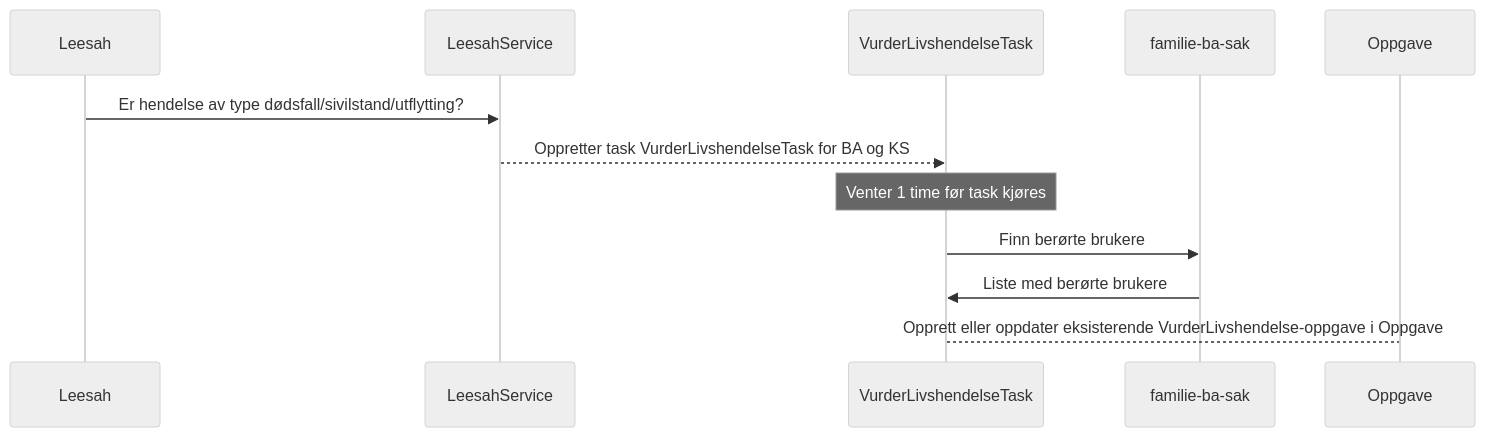
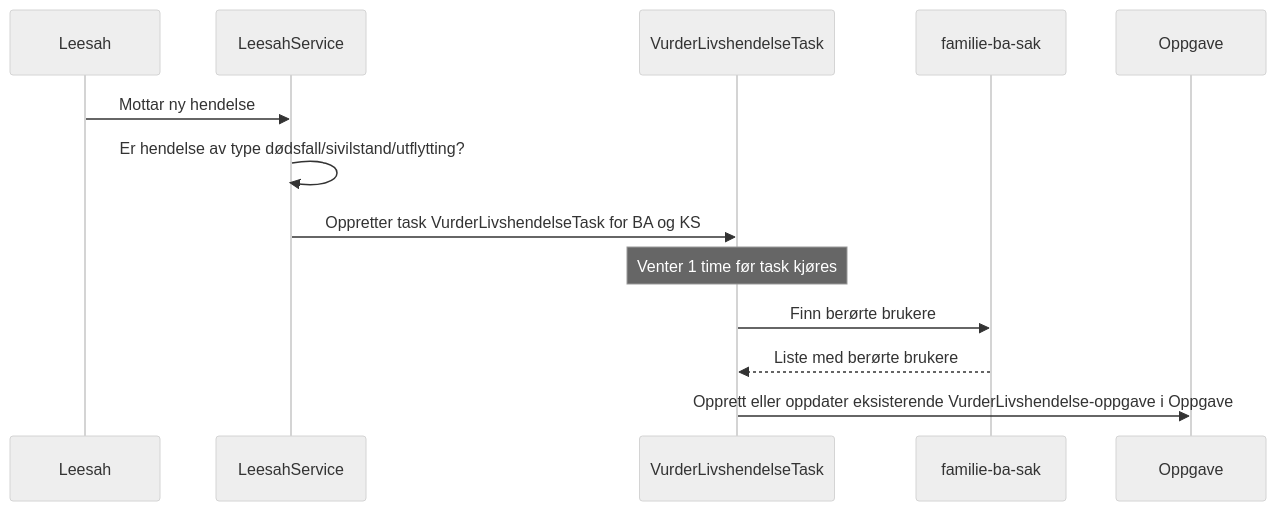
The second of 4 diagrams in README.md (navikt/familie-baks-mottak), drawn with Mermaid (neutral theme) before and after one commit. The commit also changed other lines of this file, not shown here.

````diff
--- a/README.md
+++ b/README.md
@@ -62,9 +63,10 @@
 ```mermaid
 sequenceDiagram
-Leesah->>LeesahService: Er hendelse av type dødsfall/sivilstand/utflytting?
-LeesahService-->>VurderLivshendelseTask: Oppretter task VurderLivshendelseTask for BA og KS
+Leesah->>LeesahService: Mottar ny hendelse
+LeesahService->>LeesahService: Er hendelse av type dødsfall/sivilstand/utflytting?
+LeesahService->>VurderLivshendelseTask: Oppretter task VurderLivshendelseTask for BA og KS
 note over VurderLivshendelseTask: Venter 1 time før task kjøres
 VurderLivshendelseTask->>familie-ba-sak: Finn berørte brukere
-familie-ba-sak->>VurderLivshendelseTask: Liste med berørte brukere
-VurderLivshendelseTask-->Oppgave: Opprett eller oppdater eksisterende VurderLivshendelse-oppgave i Oppgave
+familie-ba-sak-->>VurderLivshendelseTask: Liste med berørte brukere
+VurderLivshendelseTask->>Oppgave: Opprett eller oppdater eksisterende VurderLivshendelse-oppgave i Oppgave
 ```
````
